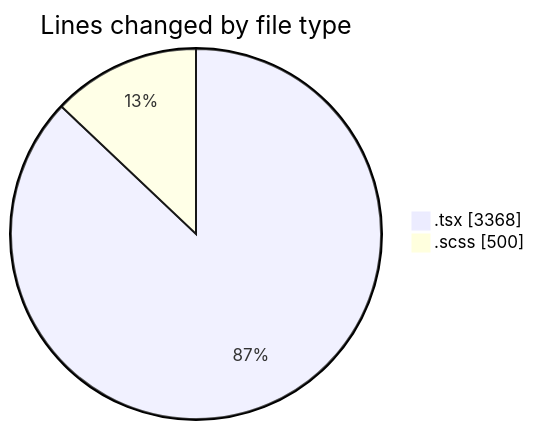
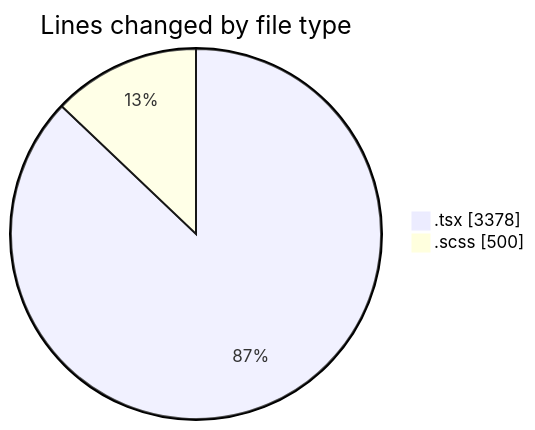
One commit to momahboobian/code-tracking changed the first of 2 diagrams in 2025-04-10/cda/README.md. Above: the diagram before and after it, drawn with Mermaid. The commit also changed other lines of this file and 1 other file, not shown here.

````diff
--- a/2025-04-10/cda/README.md
+++ b/2025-04-10/cda/README.md
@@ -26,6 +26,6 @@
 ```mermaid
 pie showData
 title Lines changed by file type
-".tsx" : 3368
+".tsx" : 3378
 ".scss" : 500
 ```
````
